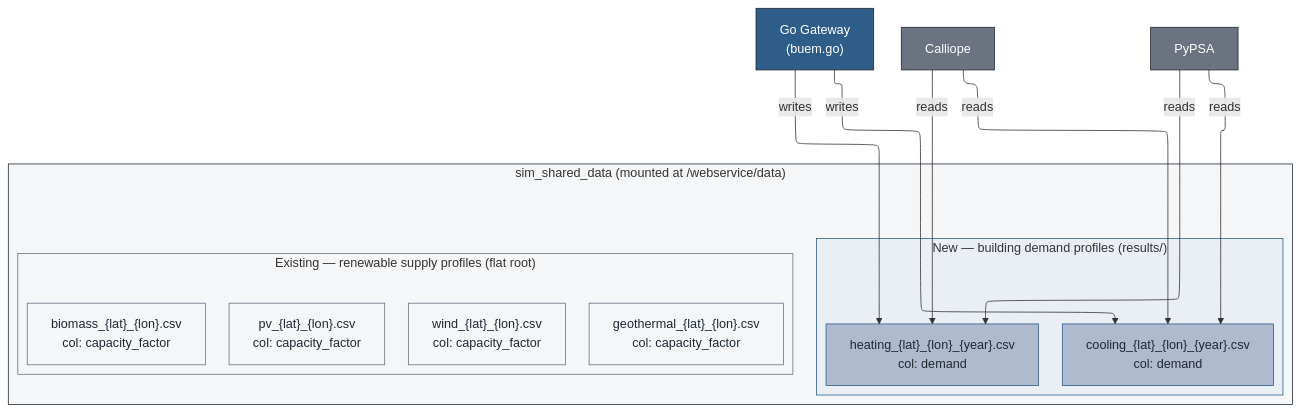
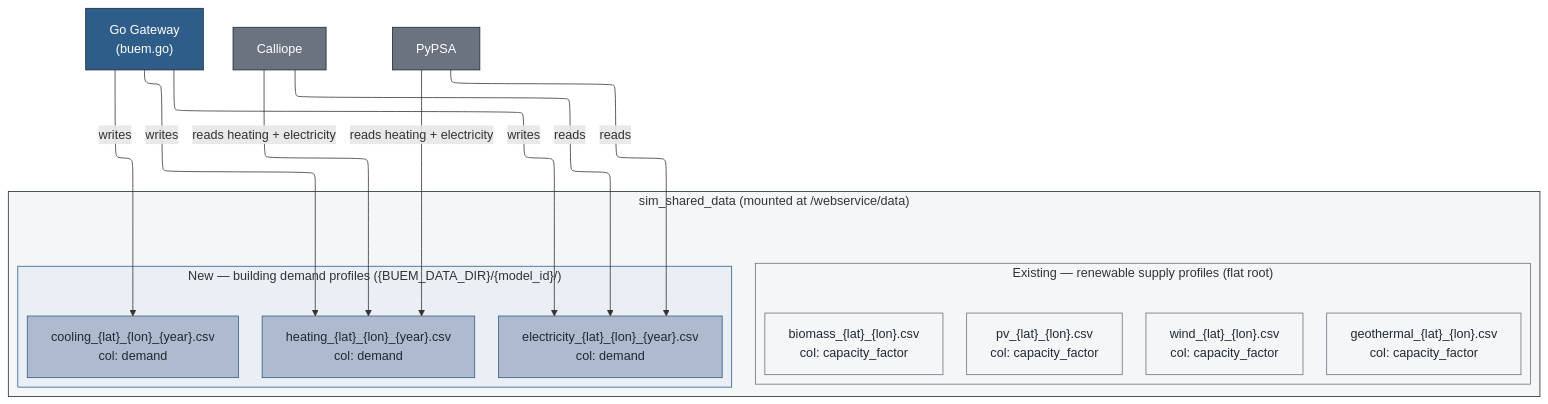
One commit to enerplanet/buem-gateway changed the diagram in docs/assets/diagrams/docker-vol-layout/docker-vol-layout.mmd. Above: the diagram before and after it, drawn with Mermaid. The commit also changed 34 other files, not shown here.

Commit message:
docs: add diagrams for BuEM integration documentation

```diff
--- a/docs/assets/diagrams/docker-vol-layout/docker-vol-layout.mmd
+++ b/docs/assets/diagrams/docker-vol-layout/docker-vol-layout.mmd
@@ -1,41 +1,43 @@
 ---
 config:
   layout: elk
 ---
 flowchart TD
     subgraph VOL["sim_shared_data  (mounted at /webservice/data)"]
         direction TB
 
         subgraph EXISTING["Existing — renewable supply profiles (flat root)"]
-            PV["pv_{lat}_{lon}.csv\ncol: capacity_factor"]
-            WIND["wind_{lat}_{lon}.csv\ncol: capacity_factor"]
-            BIO["biomass_{lat}_{lon}.csv\ncol: capacity_factor"]
-            GEO["geothermal_{lat}_{lon}.csv\ncol: capacity_factor"]
+            PV["pv_{lat}_{lon}.csv<br>col: capacity_factor"]
+            WIND["wind_{lat}_{lon}.csv<br>col: capacity_factor"]
+            BIO["biomass_{lat}_{lon}.csv<br>col: capacity_factor"]
+            GEO["geothermal_{lat}_{lon}.csv<br>col: capacity_factor"]
         end
 
-        subgraph NEW["New — building demand profiles (results/)"]
-            HT["heating_{lat}_{lon}_{year}.csv\ncol: demand"]
-            CL["cooling_{lat}_{lon}_{year}.csv\ncol: demand"]
+        subgraph NEW["New — building demand profiles ({BUEM_DATA_DIR}/{model_id}/)"]
+            HT["heating_{lat}_{lon}_{year}.csv<br>col: demand"]
+            CL["cooling_{lat}_{lon}_{year}.csv<br>col: demand"]
+            EL["electricity_{lat}_{lon}_{year}.csv<br>col: demand"]
         end
     end
 
-    GW["Go Gateway\n(buem.go)"] -->|"writes"| HT
+    GW["Go Gateway<br>(buem.go)"] -->|"writes"| HT
     GW -->|"writes"| CL
-    CAL["Calliope"] -->|"reads"| HT
-    CAL -->|"reads"| CL
-    PYPSA["PyPSA"] -->|"reads"| HT
-    PYPSA -->|"reads"| CL
+    GW -->|"writes"| EL
+    CAL["Calliope"] -->|"reads heating + electricity"| HT
+    CAL -->|"reads"| EL
+    PYPSA["PyPSA"] -->|"reads heating + electricity"| HT
+    PYPSA -->|"reads"| EL
 
     classDef gateway  fill:#2f5d8a,stroke:#1f2933,color:#ffffff
     classDef consumer fill:#6b7280,stroke:#1f2933,color:#ffffff
     classDef existing fill:#f5f6f7,stroke:#6b7280,color:#1f2933
     classDef newfile  fill:#b0bacf,stroke:#2f5d8a,color:#1f2933
 
     class GW gateway
     class CAL,PYPSA consumer
     class PV,WIND,BIO,GEO existing
-    class HT,CL newfile
+    class HT,CL,EL newfile
 
     style VOL      fill:#f5f6f7,stroke:#1f2933
     style EXISTING fill:#f5f6f7,stroke:#6b7280
     style NEW      fill:#eaeff5,stroke:#2f5d8a
```
